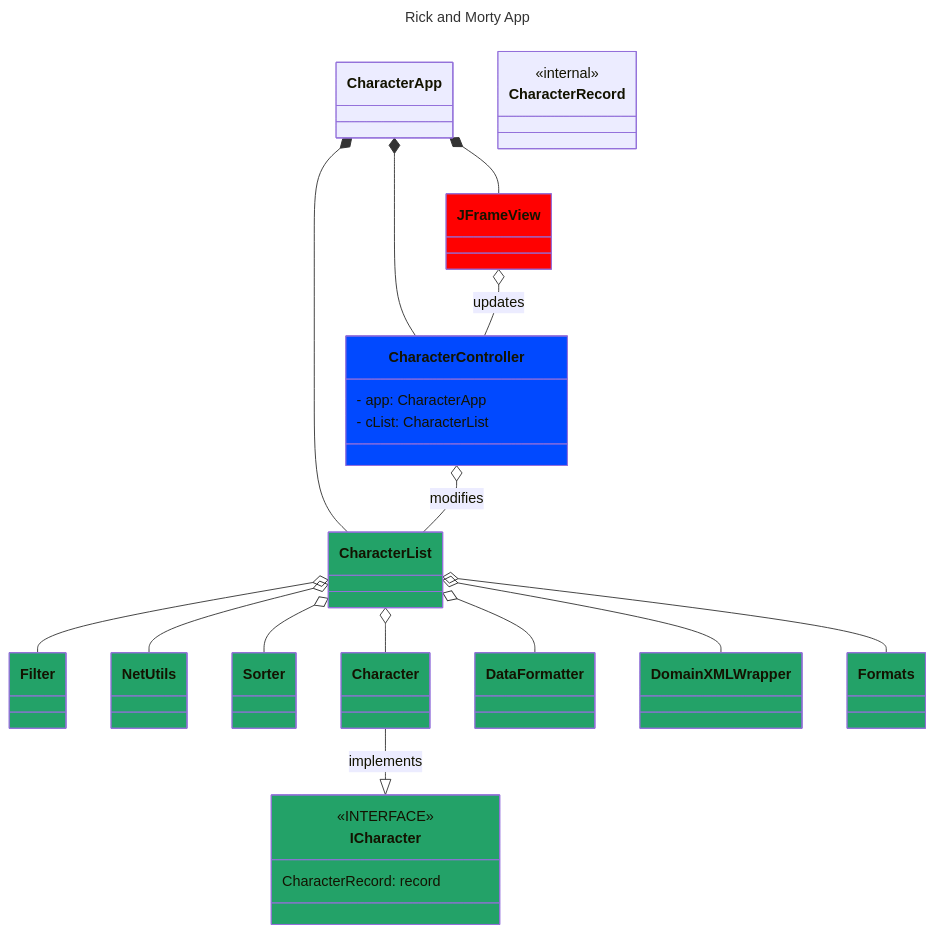
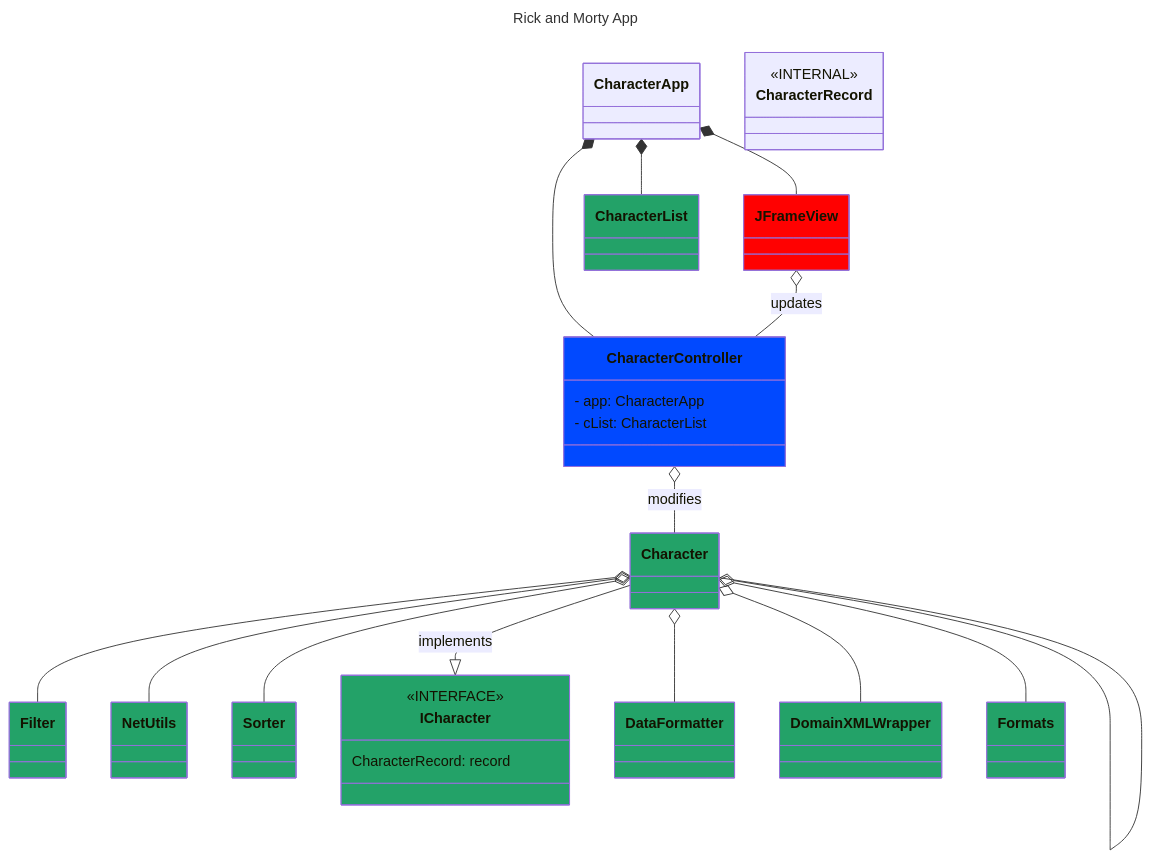
Before and after one commit to Su24-CS5004-Online-Lionelle/final-project-group-10: the diagram in DesignDocuments/InitialUML.md, drawn with Mermaid.

````diff
--- a/DesignDocuments/InitialUML.md
+++ b/DesignDocuments/InitialUML.md
@@ -1,72 +1,72 @@
 ```mermaid
 ---
 title: Rick and Morty App
 ---
 classDiagram
     direction TB
     class CharacterApp{
  }
     class JFrameView{
         
  }
     class Filter{
         
     }
     class NetUtils{
         
     }
     class Sorter{
         
     }
     class Character{
         
     }
     Character --|> ICharacter: implements
     class ICharacter{
         <<INTERFACE>>
         CharacterRecord: record
     }
     class DataFormatter{
         
     }
     class DomainXMLWrapper{
         
     }
     class Formats{
         
     }
     class CharacterController{
          - app: CharacterApp
          - cList: CharacterList
     }
     class CharacterRecord{
-        <<internal>>
+        <<INTERNAL>>
     }
     CharacterApp *-- JFrameView
     CharacterApp *-- CharacterController
     CharacterApp *-- CharacterList
     JFrameView o-- CharacterController: updates
-    CharacterController o-- CharacterList: modifies
-    CharacterList o-- Character
-    CharacterList o-- Filter
-    CharacterList o-- DataFormatter
-    CharacterList o-- DomainXMLWrapper
-    CharacterList o-- NetUtils
-    CharacterList o-- Sorter
-    CharacterList o-- Formats
+    CharacterController o-- Character: modifies
+    Character o-- Character
+    Character o-- Filter
+    Character o-- DataFormatter
+    Character o-- DomainXMLWrapper
+    Character o-- NetUtils
+    Character o-- Sorter
+    Character o-- Formats
     
 
     style DataFormatter fill:#23A268
     style CharacterList fill:#23A268
     style DomainXMLWrapper fill:#23A268
     style Formats fill:#23A268
     style NetUtils fill:#23A268
     style Sorter fill:#23A268
     style Character fill:#23A268
     style Filter fill:#23A268
     style ICharacter fill:#23A268
     style JFrameView fill: #FF0101
     style CharacterController fill:#0149FF
 
 
 ```
````
